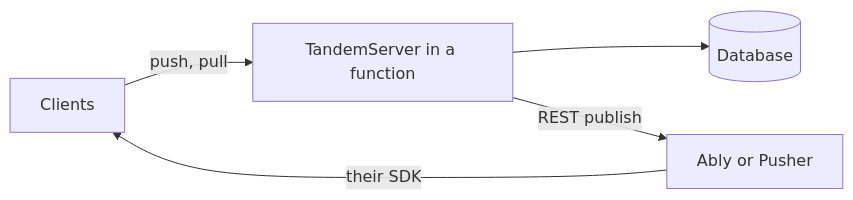
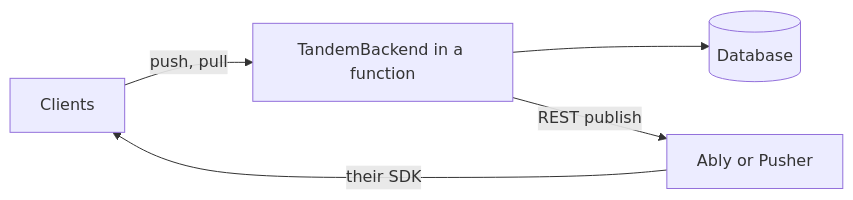
One commit to tanishqkancharla/tandem changed the fourth of 4 diagrams in .diffmap/specs/tandem-sync-engine-refactor/02-target-architecture.md. Above: the diagram before and after it, drawn with Mermaid. The commit also changed other lines of this file and 9 other files, not shown here.

Commit message:
Spec: name the stateless piece TandemBackend, make TandemServer the bundle, plan per-room Durable Objects

````diff
--- a/.diffmap/specs/tandem-sync-engine-refactor/02-target-architecture.md
+++ b/.diffmap/specs/tandem-sync-engine-refactor/02-target-architecture.md
@@ -104,7 +159,7 @@
 ```mermaid [Mode 4: hosted pub/sub]
 flowchart LR
-    C[Clients] -->|push, pull| F[TandemServer in a function]
+    C[Clients] -->|push, pull| F[TandemBackend in a function]
     F --> DB[(Database)]
     F -->|REST publish| A[Ably or Pusher]
     A -->|their SDK| C
 ```
````
